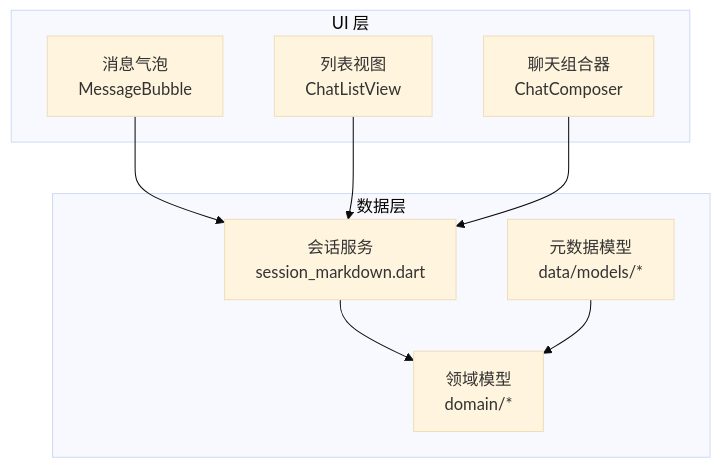
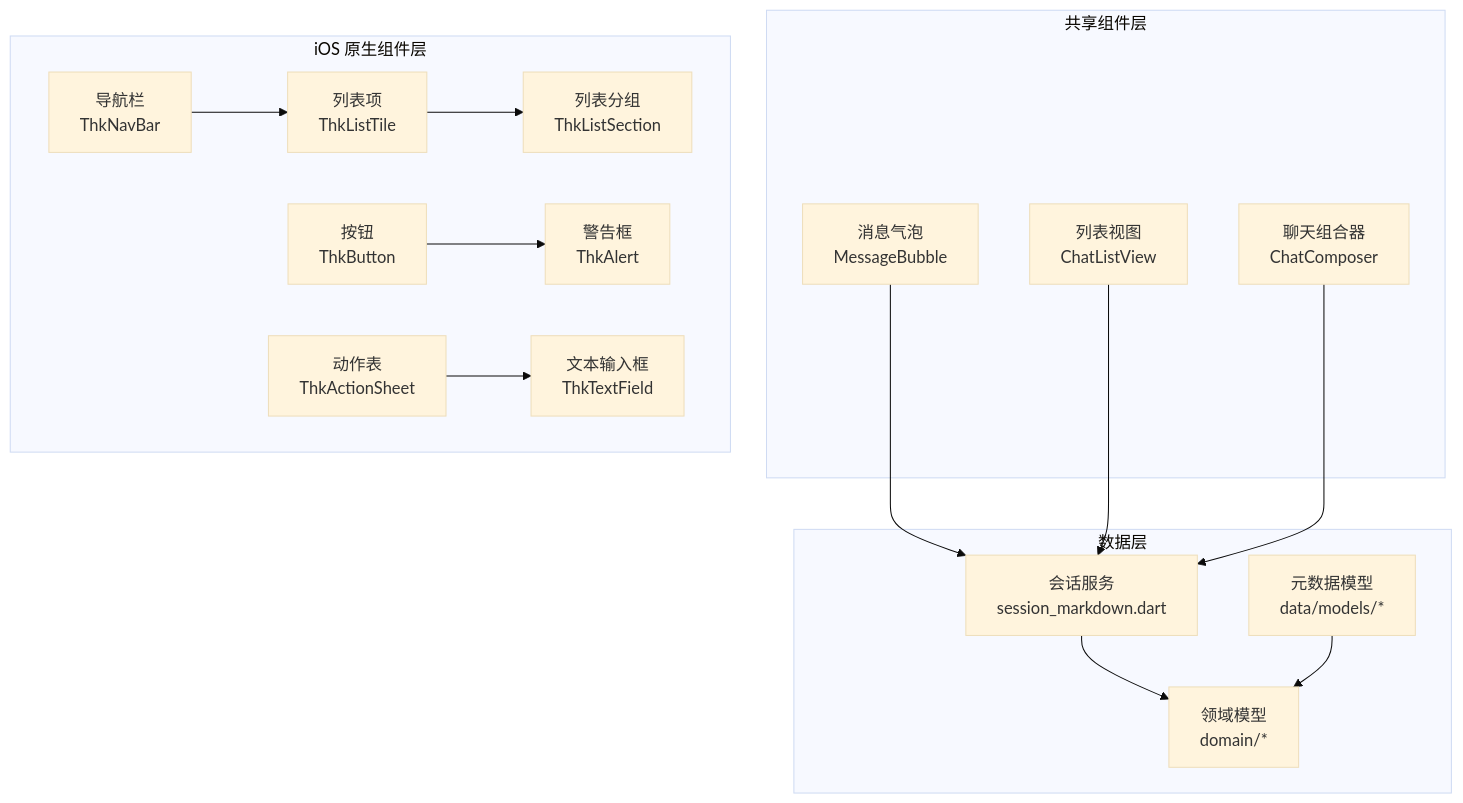
Before and after one commit to Ykworm/thktree: the first of 12 diagrams in .qoder/repowiki/zh/content/UI 组件库/核心 UI 组件.md, drawn with Mermaid (base theme). The commit also changed other lines of this file and 39 other files, not shown here.

````diff
--- a/.qoder/repowiki/zh/content/UI 组件库/核心 UI 组件.md
+++ b/.qoder/repowiki/zh/content/UI 组件库/核心 UI 组件.md
@@ -37,18 +57,31 @@
 ```mermaid
 graph TB
-subgraph "UI 层"
+subgraph "共享组件层"
 MB["消息气泡<br/>MessageBubble"]
 CC["聊天组合器<br/>ChatComposer"]
 CLV["列表视图<br/>ChatListView"]
+end
+subgraph "iOS 原生组件层"
+TNB["导航栏<br/>ThkNavBar"]
+TLT["列表项<br/>ThkListTile"]
+TLS["列表分组<br/>ThkListSection"]
+TBTN["按钮<br/>ThkButton"]
+TTF["文本输入框<br/>ThkTextField"]
+TAL["警告框<br/>ThkAlert"]
+TAS["动作表<br/>ThkActionSheet"]
 end
 subgraph "数据层"
 SM["会话服务<br/>session_markdown.dart"]
 DM["领域模型<br/>domain/*"]
 MM["元数据模型<br/>data/models/*"]
 end
 MB --> SM
 CLV --> SM
 CC --> SM
+TNB --> TLT
+TLT --> TLS
+TBTN --> TAL
+TAS --> TTF
 SM --> DM
 MM --> DM
 ```
````
